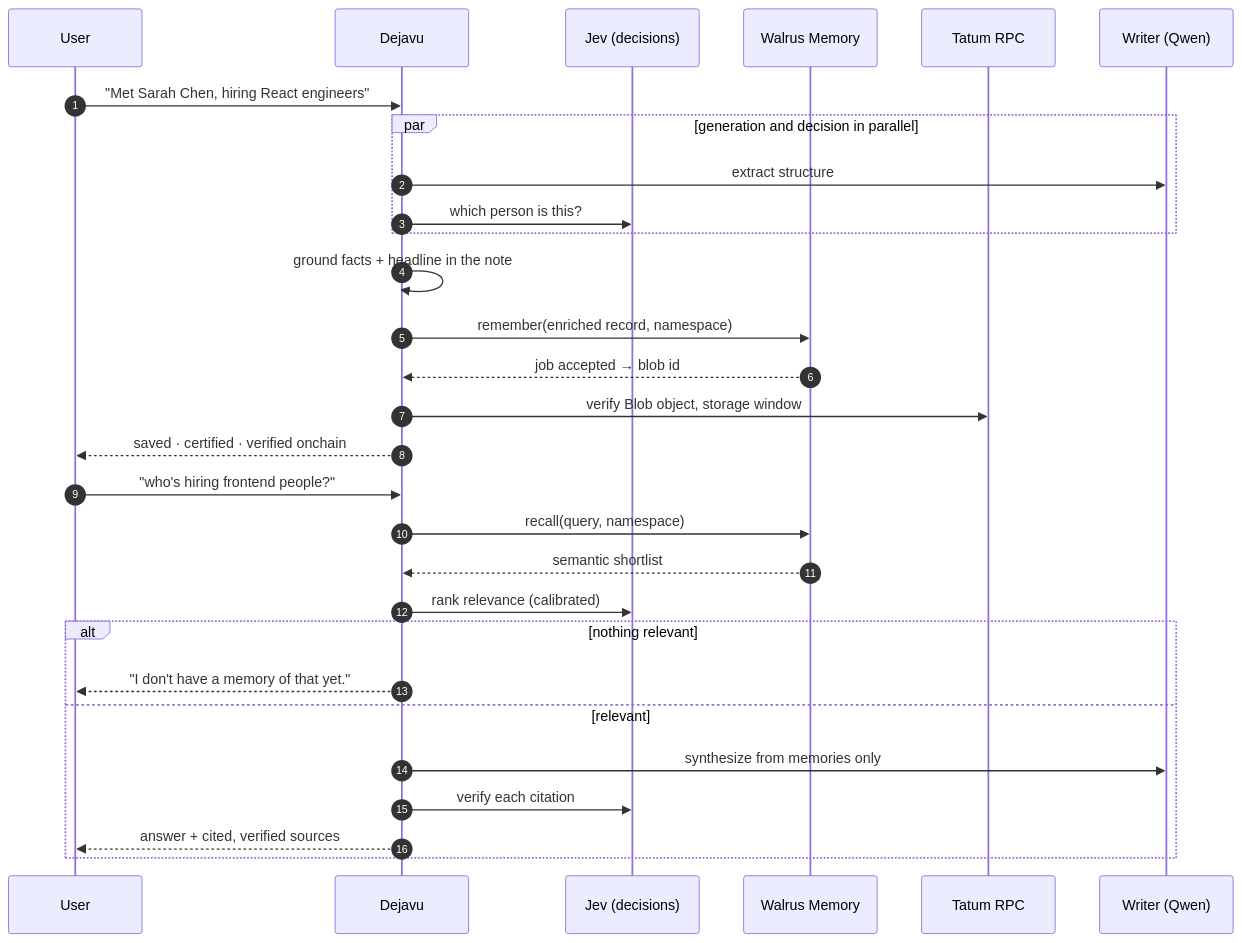
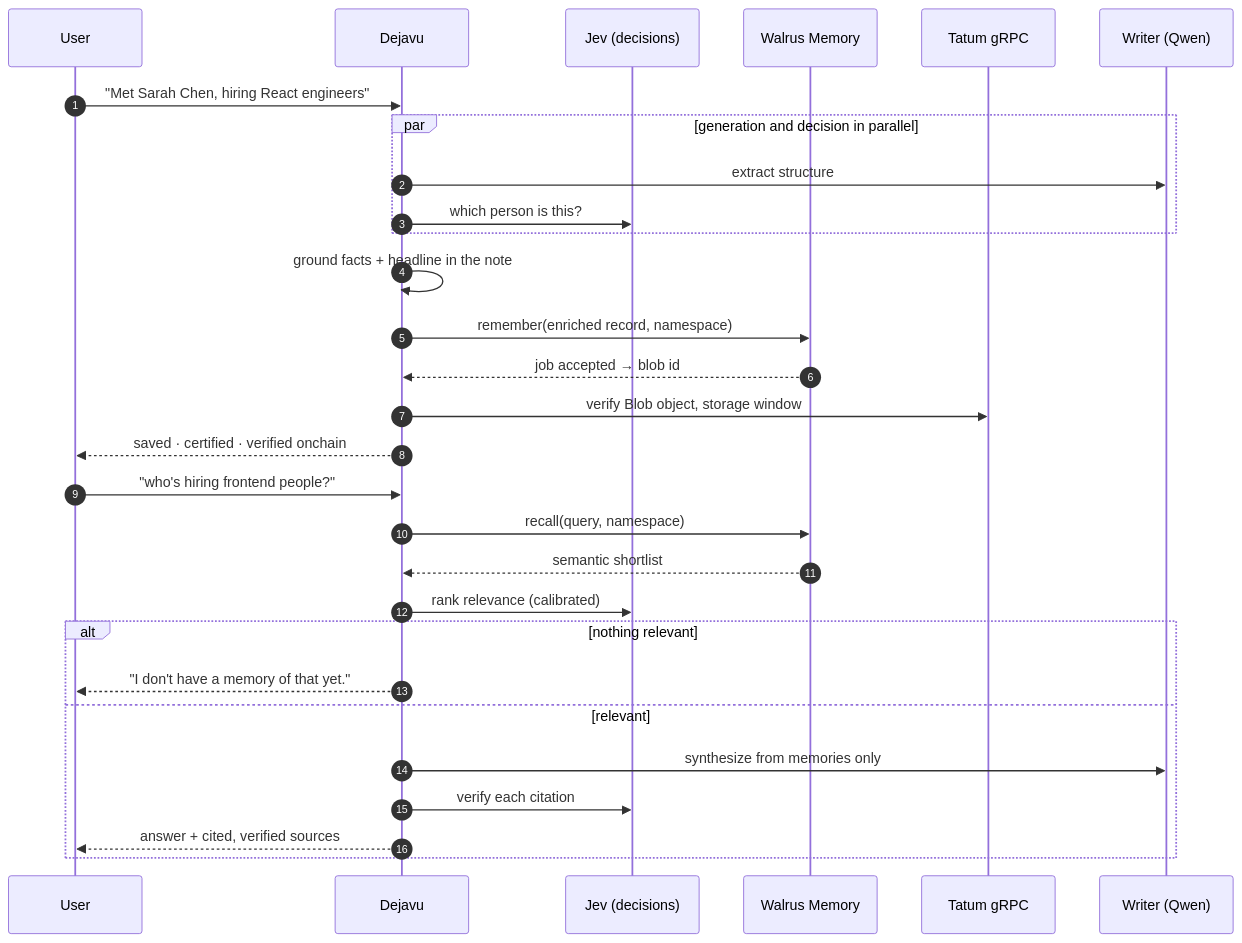
One commit to PhiBao/dejavu changed the second of 3 diagrams in README.md. Above: the diagram before and after it, drawn with Mermaid. The commit also changed other lines of this file and 18 other files, not shown here.

First line of the commit message:
fix: Tatum Sui over native gRPC + new domain (dejavu-memory)

````diff
--- a/README.md
+++ b/README.md
@@ -229,33 +229,33 @@
 ```mermaid
 sequenceDiagram
     autonumber
     participant U as User
     participant A as Dejavu
     participant J as Jev (decisions)
     participant W as Walrus Memory
-    participant T as Tatum RPC
+    participant T as Tatum gRPC
     participant L as Writer (Qwen)
 
     U->>A: "Met Sarah Chen, hiring React engineers"
     par generation and decision in parallel
         A->>L: extract structure
         A->>J: which person is this?
     end
     A->>A: ground facts + headline in the note
     A->>W: remember(enriched record, namespace)
     W-->>A: job accepted → blob id
     A->>T: verify Blob object, storage window
     A-->>U: saved · certified · verified onchain
 
     U->>A: "who's hiring frontend people?"
     A->>W: recall(query, namespace)
     W-->>A: semantic shortlist
     A->>J: rank relevance (calibrated)
     alt nothing relevant
         A-->>U: "I don't have a memory of that yet."
     else relevant
         A->>L: synthesize from memories only
         A->>J: verify each citation
         A-->>U: answer + cited, verified sources
     end
 ```
````
